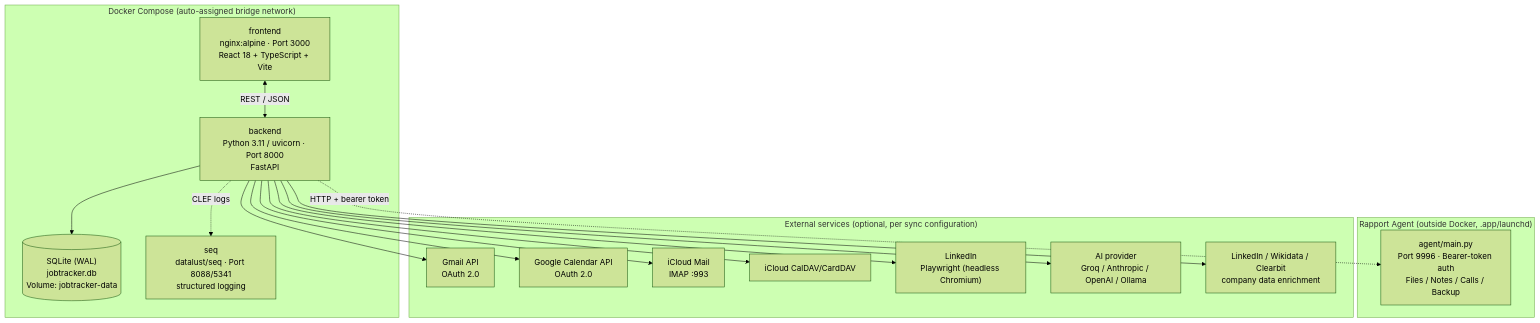
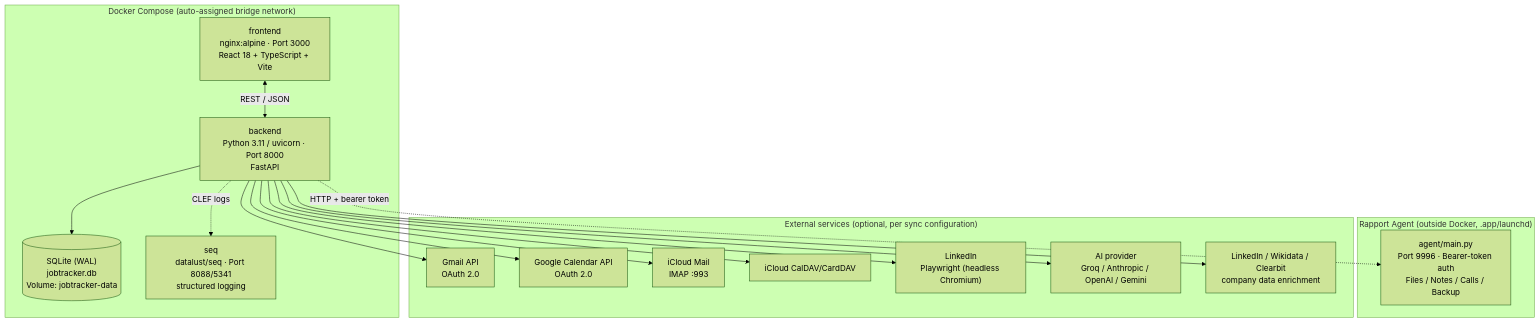
The first of 9 diagrams in docs/ARCHITECTURE.md (EGulinsky/rapport), drawn with Mermaid (forest theme) before and after one commit. The commit also changed other lines of this file and 11 other files, not shown here.

First line of the commit message:
Remove Ollama as an AI provider (v4.6.36)

````diff
--- a/docs/ARCHITECTURE.md
+++ b/docs/ARCHITECTURE.md
@@ -25,35 +25,35 @@
 ```mermaid
 flowchart TB
     subgraph Docker["Docker Compose (auto-assigned bridge network)"]
         FE["frontend<br/>nginx:alpine · Port 3000<br/>React 18 + TypeScript + Vite"]
         BE["backend<br/>Python 3.11 / uvicorn · Port 8000<br/>FastAPI"]
         DB[("SQLite (WAL)<br/>jobtracker.db<br/>Volume: jobtracker-data")]
         SEQ["seq<br/>datalust/seq · Port 8088/5341<br/>structured logging"]
         FE <-->|"REST / JSON"| BE
         BE --> DB
         BE -.->|"CLEF logs"| SEQ
     end
 
     subgraph Agent["Rapport Agent (outside Docker, .app/launchd)"]
         AgentSvc["agent/main.py<br/>Port 9996 · Bearer-token auth<br/>Files / Notes / Calls / Backup"]
     end
 
     subgraph External["External services (optional, per sync configuration)"]
         Gmail["Gmail API<br/>OAuth 2.0"]
         GCal["Google Calendar API<br/>OAuth 2.0"]
         ICloudMail["iCloud Mail<br/>IMAP :993"]
         ICloudCal["iCloud CalDAV/CardDAV"]
         LinkedIn["LinkedIn<br/>Playwright (headless Chromium)"]
-        AIProvider["AI provider<br/>Groq / Anthropic / OpenAI / Ollama"]
+        AIProvider["AI provider<br/>Groq / Anthropic / OpenAI / Gemini"]
         Enrichment["LinkedIn / Wikidata / Clearbit<br/>company data enrichment"]
     end
 
     BE --> Gmail
     BE --> GCal
     BE --> ICloudMail
     BE --> ICloudCal
     BE --> LinkedIn
     BE --> AIProvider
     BE --> Enrichment
     BE -.->|"HTTP + bearer token"| AgentSvc
 ```
````
